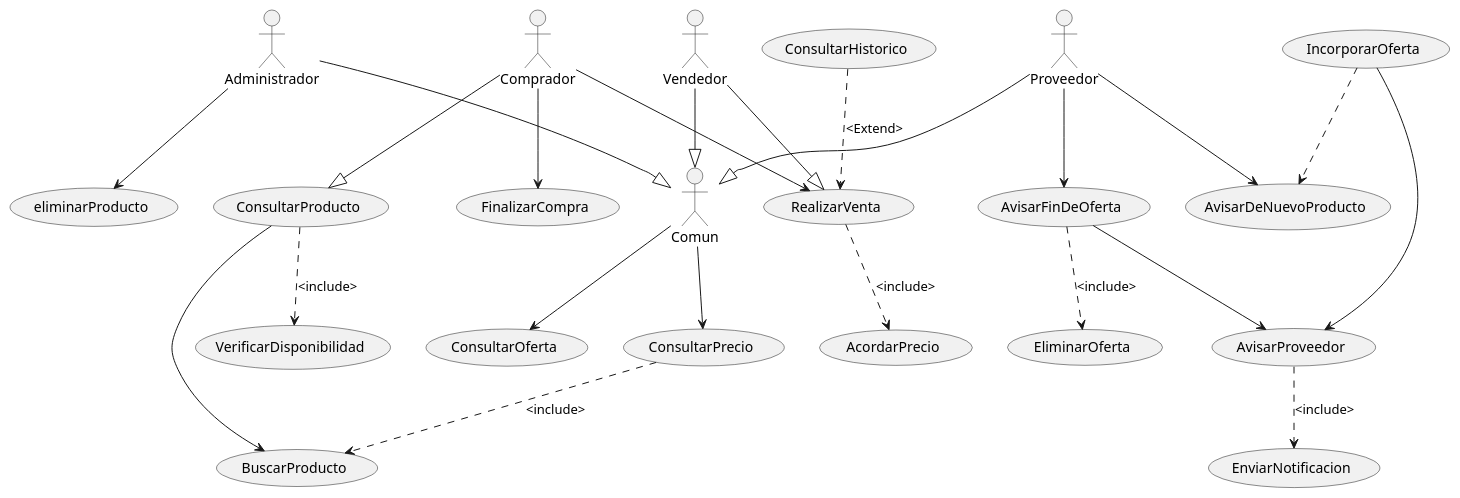
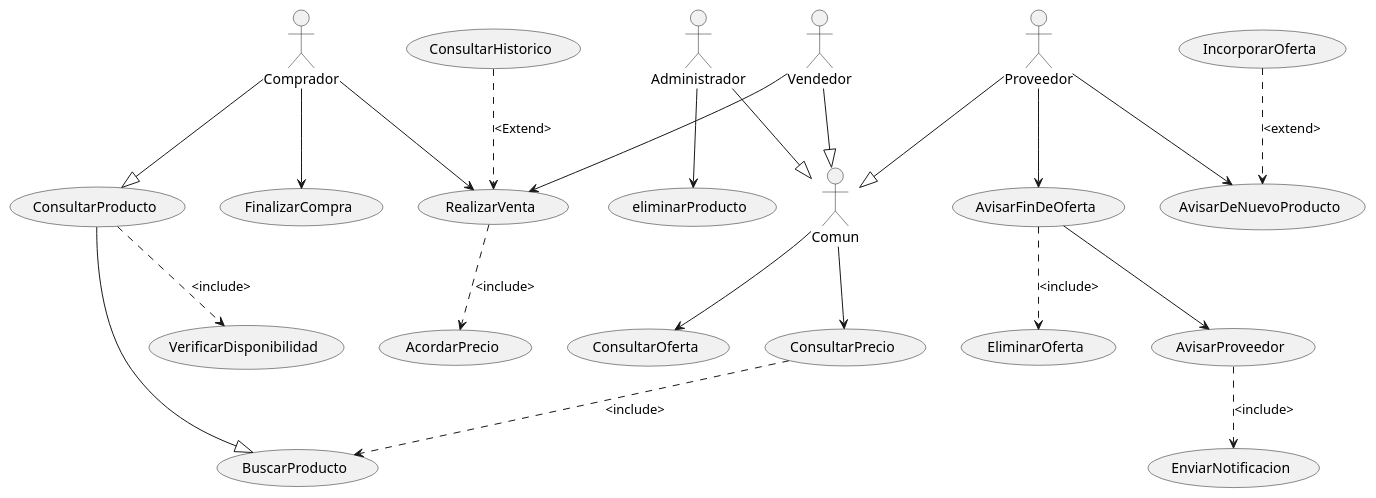
The diagram in lab0/src/SistemaDeCompras.puml (it557/INRE-UAL-BLANCO-2022), drawn with PlantUML before and after one commit. The commit also changed 2 other files, not shown here.

```diff
--- a/lab0/src/SistemaDeCompras.puml
+++ b/lab0/src/SistemaDeCompras.puml
@@ -1,28 +1,26 @@
 @startuml
 :Administrador: -->(eliminarProducto) 
 :Comun:
 Administrador--|>Comun
 :Vendedor:
 Vendedor --|> Comun
 Comun -->(ConsultarPrecio)
 Comun -->(ConsultarOferta)
 (ConsultarPrecio)..>(BuscarProducto):<include>
 :Proveedor: --|> Comun
 Proveedor -->(AvisarFinDeOferta)
 Proveedor-->(AvisarDeNuevoProducto)
-(IncorporarOferta)..>(AvisarDeNuevoProducto)
-(IncorporarOferta)-->(AvisarProveedor)
+(IncorporarOferta)..>(AvisarDeNuevoProducto):<extend>
 (AvisarProveedor)..>(EnviarNotificacion):<include>
 (AvisarFinDeOferta)..>(EliminarOferta):<include>
 (AvisarFinDeOferta)-->(AvisarProveedor)
-(ConsultarProducto)-->(BuscarProducto)
+(ConsultarProducto)--|>(BuscarProducto)
 :Comprador: --|> (ConsultarProducto)
 (ConsultarProducto)..>(VerificarDisponibilidad):<include>
 Comprador-->(FinalizarCompra)
 Comprador-->(RealizarVenta)
 (ConsultarHistorico)..>(RealizarVenta):<Extend>
 (RealizarVenta)..>(AcordarPrecio):<include>
-Vendedor--|>(RealizarVenta)
-
+Vendedor-->(RealizarVenta)
 
 @enduml
```
